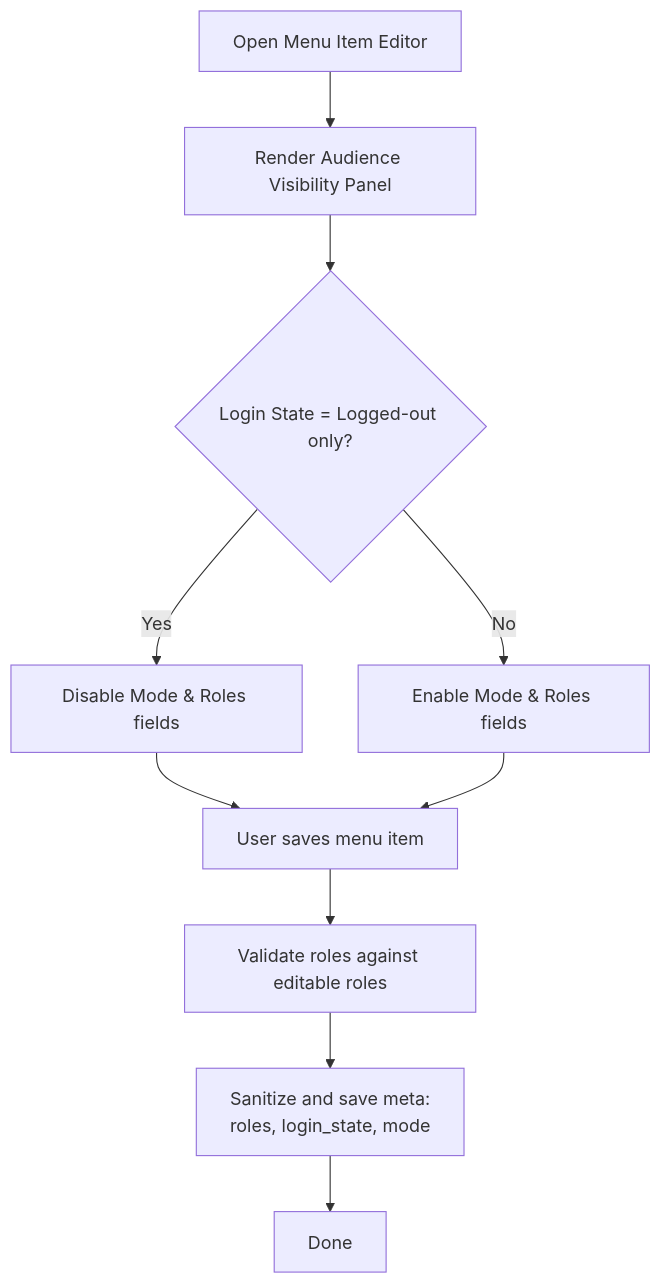
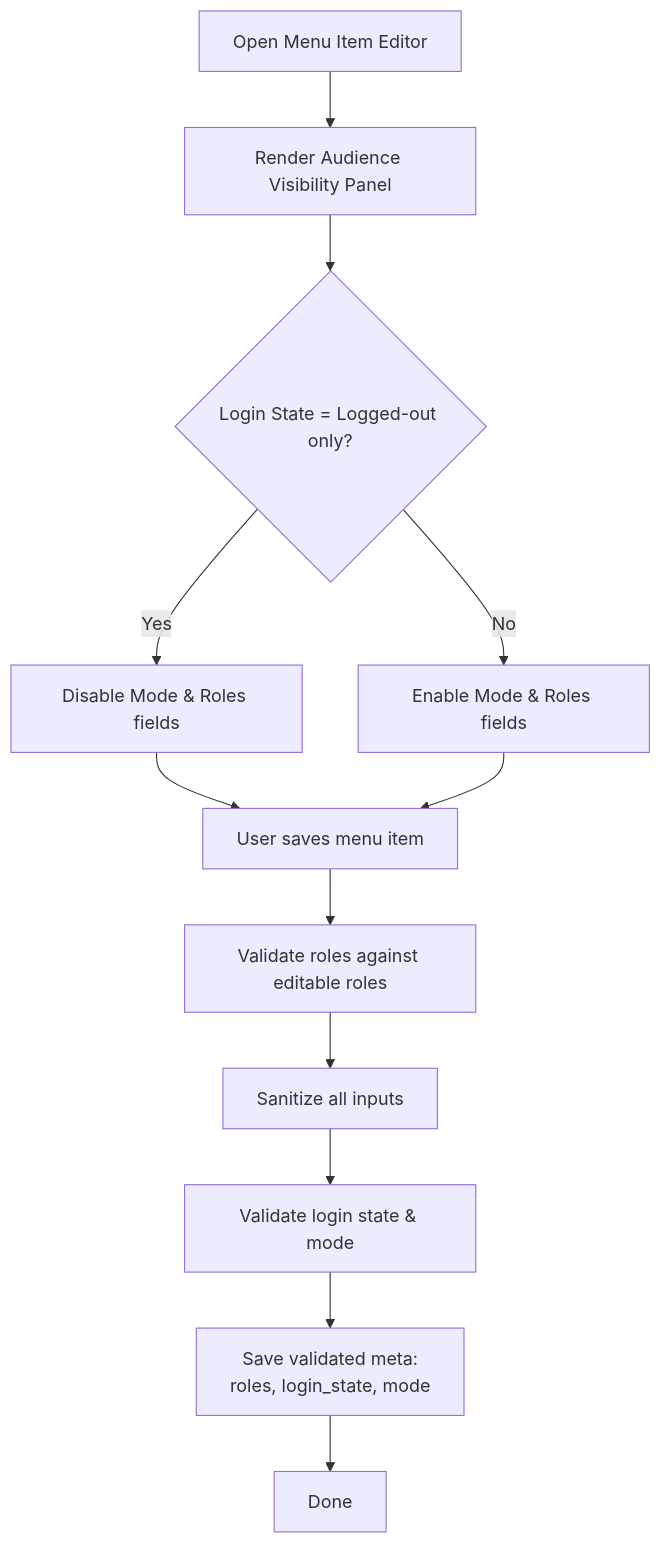
Before and after one commit to mahfuzurwp/hide-menu-items-by-role: the fourth of 6 diagrams in .qoder/repowiki/en/content/Plugin Overview.md, drawn with Mermaid. The commit also changed other lines of this file and 8 other files, not shown here.

````diff
--- a/.qoder/repowiki/en/content/Plugin Overview.md
+++ b/.qoder/repowiki/en/content/Plugin Overview.md
@@ -140,12 +193,14 @@
 ```mermaid
 flowchart TD
 A["Open Menu Item Editor"] --> B["Render Audience Visibility Panel"]
 B --> C{"Login State = Logged-out only?"}
 C --> |Yes| D["Disable Mode & Roles fields"]
 C --> |No| E["Enable Mode & Roles fields"]
 D --> F["User saves menu item"]
 E --> F
 F --> G["Validate roles against editable roles"]
-G --> H["Sanitize and save meta:<br/>roles, login_state, mode"]
-H --> I["Done"]
+G --> H["Sanitize all inputs"]
+H --> I["Validate login state & mode"]
+I --> J["Save validated meta:<br/>roles, login_state, mode"]
+J --> K["Done"]
 ```
````
